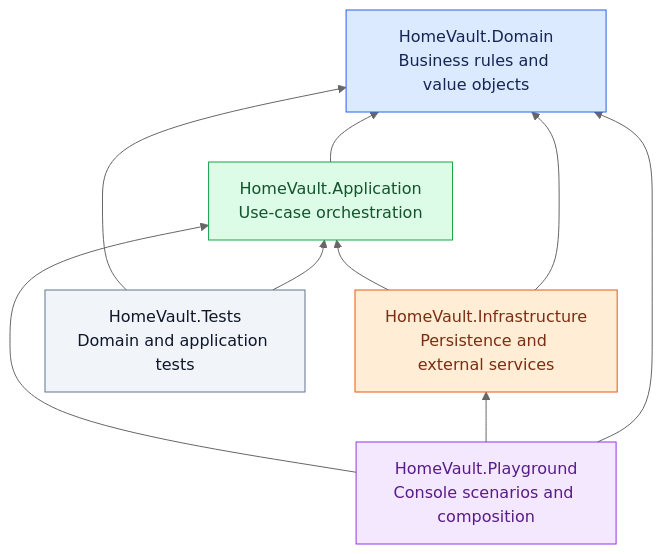
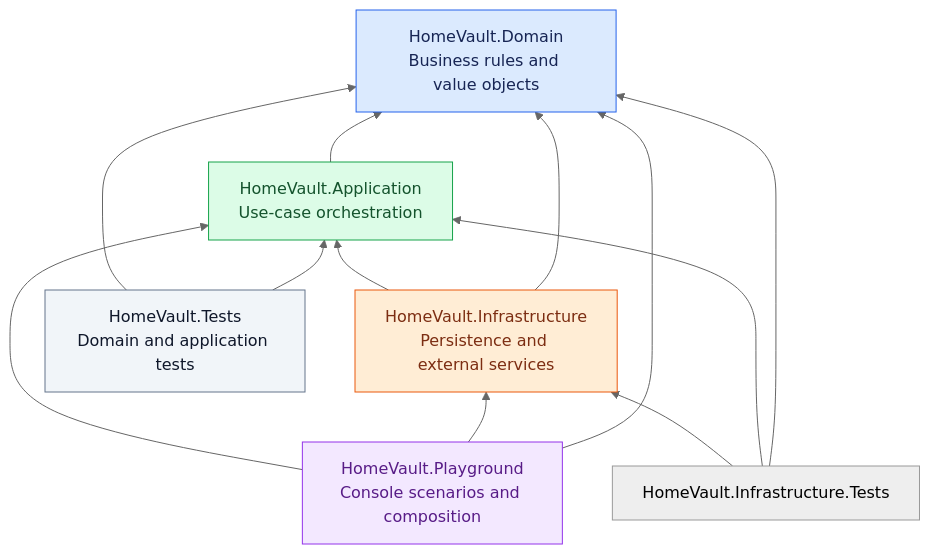
Before and after one commit to mani8785/HomeVault: the first of 2 diagrams in doc/architecture.md, drawn with Mermaid (neutral theme). The commit also changed other lines of this file and 20 other files, not shown here.

Commit message:
HV-18: store Vault creation through in-memory infrastructure

````diff
--- a/doc/architecture.md
+++ b/doc/architecture.md
@@ -11,16 +11,19 @@
 ```mermaid
 flowchart BT
     Application[HomeVault.Application<br/>Use-case orchestration] --> Domain[HomeVault.Domain<br/>Business rules and value objects]
     Infrastructure[HomeVault.Infrastructure<br/>Persistence and external services] --> Application
     Infrastructure --> Domain
     Playground[HomeVault.Playground<br/>Console scenarios and composition] --> Application
     Playground --> Infrastructure
     Playground --> Domain
     Tests[HomeVault.Tests<br/>Domain and application tests] --> Domain
     Tests --> Application
+    InfrastructureTests[HomeVault.Infrastructure.Tests] --> Infrastructure
+    InfrastructureTests --> Application
+    InfrastructureTests --> Domain
     style Domain fill:#dbeafe,stroke:#2563eb,color:#172554
     style Application fill:#dcfce7,stroke:#16a34a,color:#14532d
     style Infrastructure fill:#ffedd5,stroke:#ea580c,color:#7c2d12
     style Playground fill:#f3e8ff,stroke:#9333ea,color:#581c87
     style Tests fill:#f1f5f9,stroke:#64748b,color:#0f172a
 ```
````
